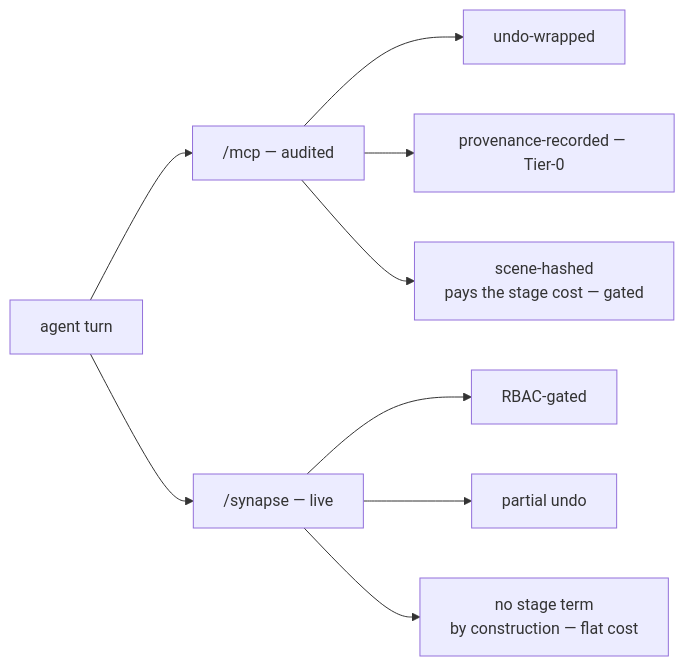
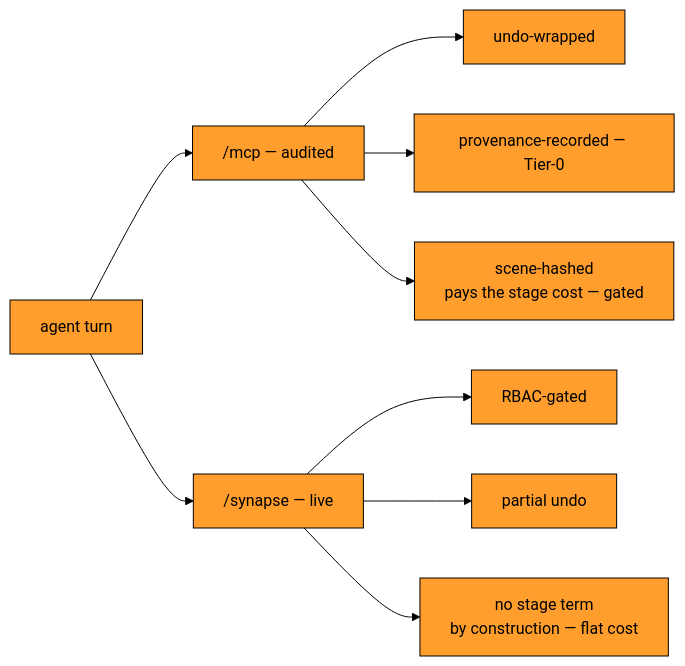
The third of 5 diagrams in README.md (JosephOIbrahim/Synapse), drawn with Mermaid before and after one commit. The commit also changed other lines of this file, not shown here.

Commit message:
docs(readme): artist front door (one-minute plain-language section) + all five mermaid diagrams restyled orange/black; banner surface untouched, conformance 11/11

````diff
--- a/README.md
+++ b/README.md
@@ -258,11 +279,12 @@
 ```mermaid
+%%{init: {'theme':'base','themeVariables':{'primaryColor':'#FF9E2C','primaryTextColor':'#000000','primaryBorderColor':'#000000','lineColor':'#000000','textColor':'#000000','secondaryColor':'#FFB85C','tertiaryColor':'#FFD9A0','clusterBkg':'#FFE9CC','clusterBorder':'#000000','edgeLabelBackground':'#FFE9CC','nodeTextColor':'#000000'}}}%%
 flowchart LR
     T[agent turn] --> M["/mcp — audited"]
     T --> S["/synapse — live"]
     M --> A1[undo-wrapped]
     M --> A2[provenance-recorded — Tier-0]
     M --> A3["scene-hashed<br/>pays the stage cost — gated"]
     S --> B1[RBAC-gated]
     S --> B2[partial undo]
     S --> B3["no stage term<br/>by construction — flat cost"]
 ```
````
